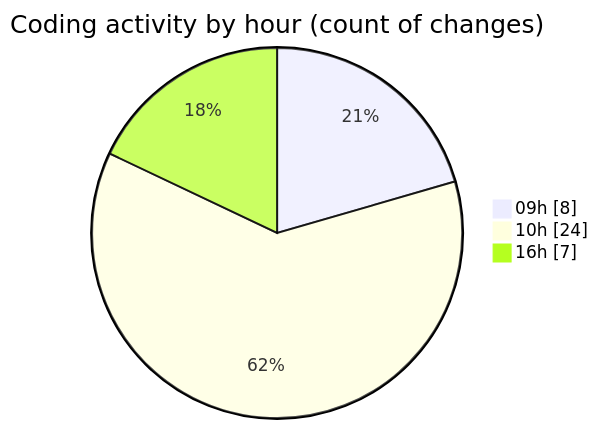
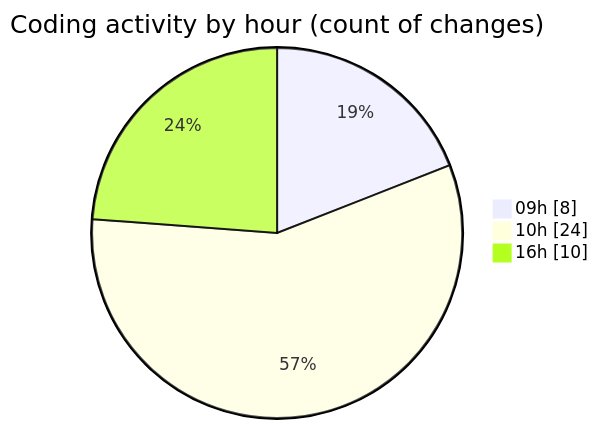
One commit to julien-gomy/code-tracking changed the second of 2 diagrams in 2025-10-09/eventscop-frontend-guide__workspace_/README.md. Above: the diagram before and after it, drawn with Mermaid. The commit also changed other lines of this file and 1 other file, not shown here.

````diff
--- a/2025-10-09/eventscop-frontend-guide__workspace_/README.md
+++ b/2025-10-09/eventscop-frontend-guide__workspace_/README.md
@@ -44,7 +44,7 @@
 ```mermaid
 pie showData
 title Coding activity by hour (count of changes)
 "09h" : 8
 "10h" : 24
-"16h" : 7
+"16h" : 10
 ```
````
